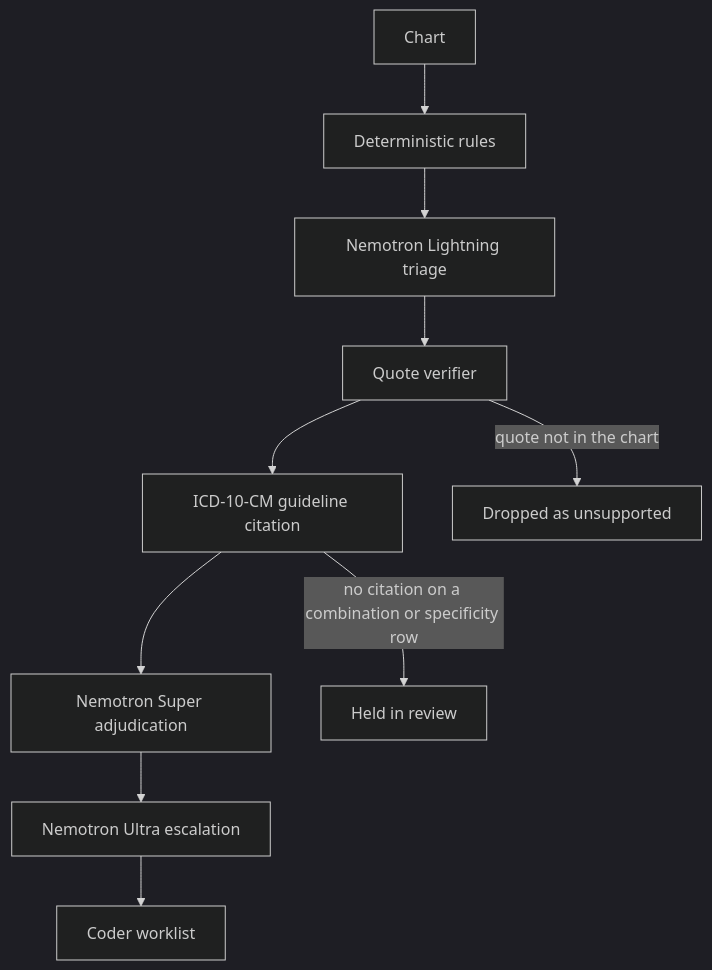
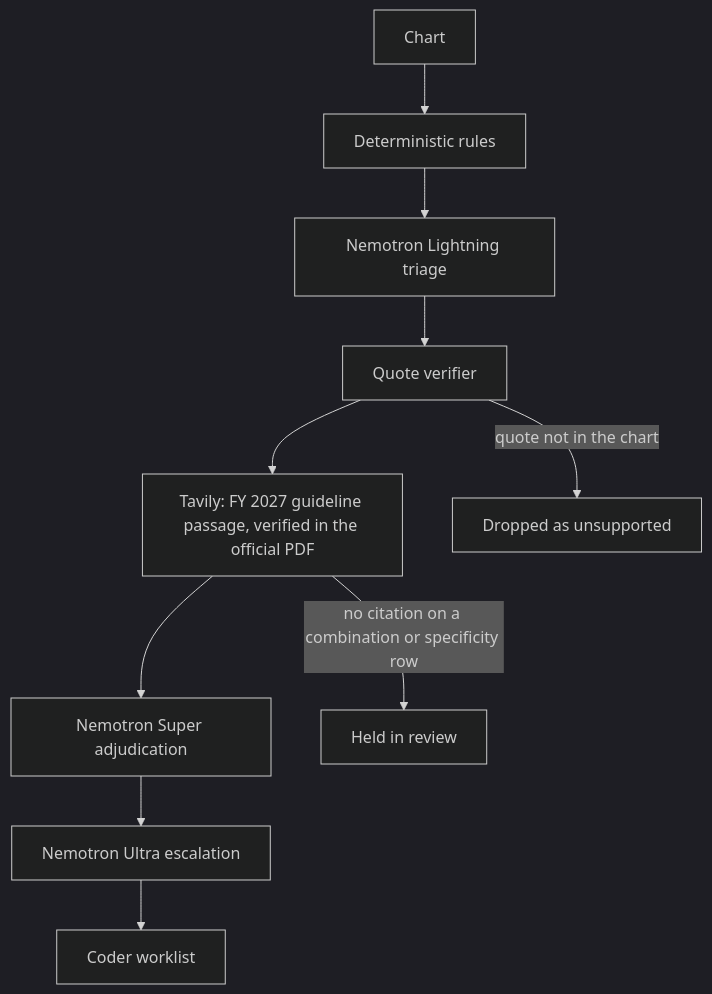
Before and after one commit to kishanraj41/codesentinel: the diagram in README.md, drawn with Mermaid (dark theme). The commit also changed other lines of this file and 361 other files, not shown here.

````diff
--- a/README.md
+++ b/README.md
@@ -65,12 +67,12 @@
 ```mermaid
 flowchart TD
   chart[Chart] --> rules[Deterministic rules]
   rules --> light[Nemotron Lightning triage]
   light --> verify[Quote verifier]
-  verify --> guide[ICD-10-CM guideline citation]
+  verify --> guide[Tavily: FY 2027 guideline passage, verified in the official PDF]
   guide --> super[Nemotron Super adjudication]
   super --> ultra[Nemotron Ultra escalation]
   ultra --> list[Coder worklist]
   verify -->|quote not in the chart| drop[Dropped as unsupported]
   guide -->|no citation on a combination or specificity row| review[Held in review]
 ```
````
